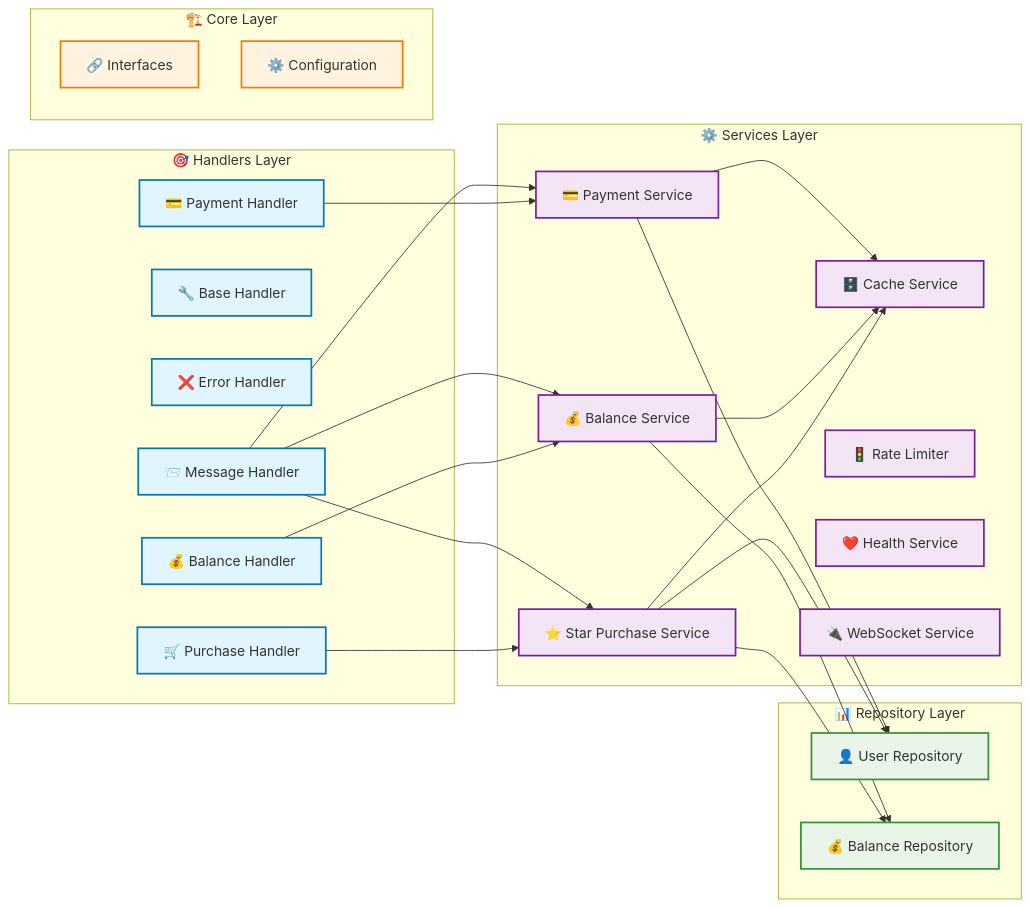
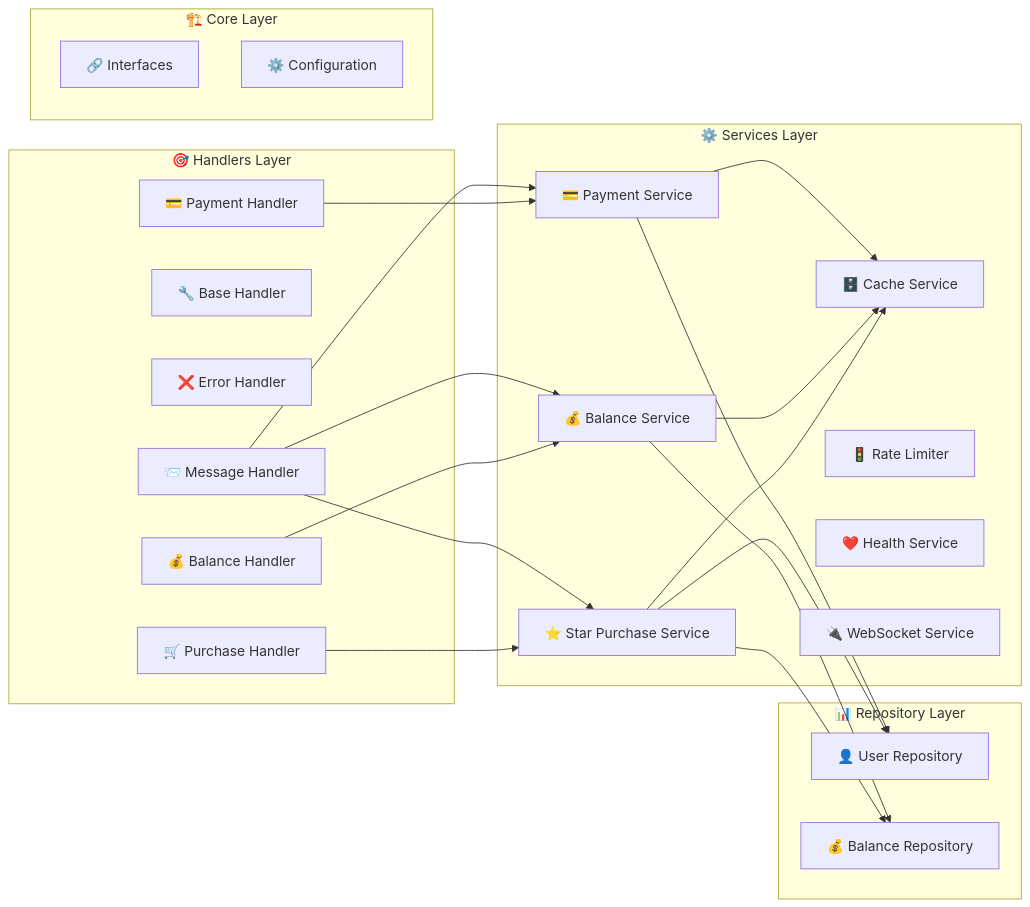
One commit to neKamita/Mirza-Telegram-Shop-Bot changed the second of 10 diagrams in README.md. Above: the diagram before and after it, drawn with Mermaid. The commit also changed other lines of this file, not shown here.

````diff
--- a/README.md
+++ b/README.md
@@ -100,57 +96,48 @@
 ```mermaid
 flowchart LR
     subgraph handlers ["🎯 Handlers Layer"]
         MH["📨 Message Handler"]
         BH["🔧 Base Handler"]
         EH["❌ Error Handler"]
         PH["💳 Payment Handler"]
         PuH["🛒 Purchase Handler"]
         BalH["💰 Balance Handler"]
     end
 
     subgraph services ["⚙️ Services Layer"]
         PS["💳 Payment Service"]
         BS["💰 Balance Service"]
         SPS["⭐ Star Purchase Service"]
         CS["🗄️ Cache Service"]
         RL["🚦 Rate Limiter"]
         HS["❤️ Health Service"]
         WS["🔌 WebSocket Service"]
     end
 
     subgraph repos ["📊 Repository Layer"]
         UR["👤 User Repository"]
         BR["💰 Balance Repository"]
     end
 
     subgraph core ["🏗️ Core Layer"]
         INT["🔗 Interfaces"]
         CFG["⚙️ Configuration"]
     end
 
     MH --> PS
     MH --> BS
     MH --> SPS
     PH --> PS
     PuH --> SPS
     BalH --> BS
 
     PS --> UR
     BS --> BR
     SPS --> UR
     SPS --> BR
 
     PS --> CS
     BS --> CS
     SPS --> CS
 
-    classDef handlerStyle fill:#e1f5fe,stroke:#0277bd,stroke-width:2px
-    classDef serviceStyle fill:#f3e5f5,stroke:#7b1fa2,stroke-width:2px
-    classDef repoStyle fill:#e8f5e8,stroke:#388e3c,stroke-width:2px
-    classDef coreStyle fill:#fff3e0,stroke:#f57c00,stroke-width:2px
-
-    class MH,BH,EH,PH,PuH,BalH handlerStyle
-    class PS,BS,SPS,CS,RL,HS,WS serviceStyle
-    class UR,BR repoStyle
-    class INT,CFG coreStyle
 ```
````
